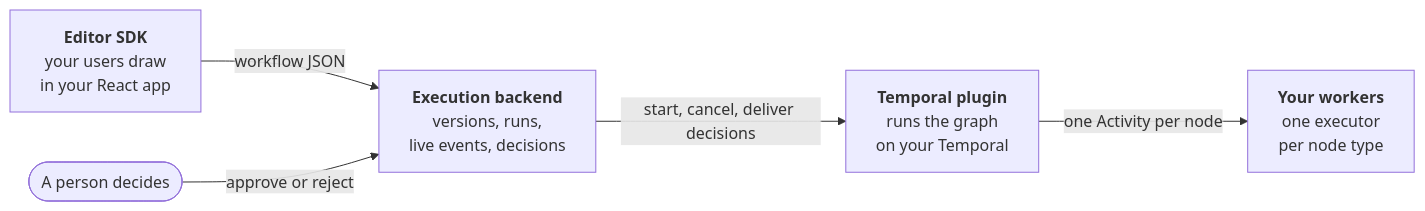
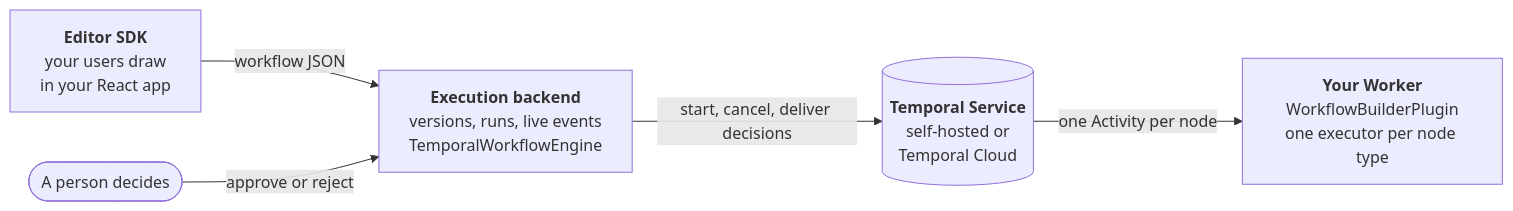
The diagram in README.md (synergycodes/workflowbuilder), drawn with Mermaid before and after one commit. The commit also changed other lines of this file, not shown here.

First line of the commit message:
docs: tighten the README's Temporal story after review

````diff
--- a/README.md
+++ b/README.md
@@ -52,13 +52,13 @@
 ```mermaid
 flowchart LR
     editor["<b>Editor SDK</b><br/>your users draw<br/>in your React app"]
-    backend["<b>Execution backend</b><br/>versions, runs,<br/>live events, decisions"]
     person(["A person decides"])
-    plugin["<b>Temporal plugin</b><br/>runs the graph<br/>on your Temporal"]
-    workers["<b>Your workers</b><br/>one executor<br/>per node type"]
+    backend["<b>Execution backend</b><br/>versions, runs, live events<br/>TemporalWorkflowEngine"]
+    temporal[("<b>Temporal Service</b><br/>self-hosted or<br/>Temporal Cloud")]
+    worker["<b>Your Worker</b><br/>WorkflowBuilderPlugin<br/>one executor per node type"]
 
     editor -- "workflow JSON" --> backend
     person -- "approve or reject" --> backend
-    backend -- "start, cancel, deliver decisions" --> plugin
-    plugin -- "one Activity per node" --> workers
+    backend -- "start, cancel, deliver decisions" --> temporal
+    temporal -- "one Activity per node" --> worker
 ```
````
